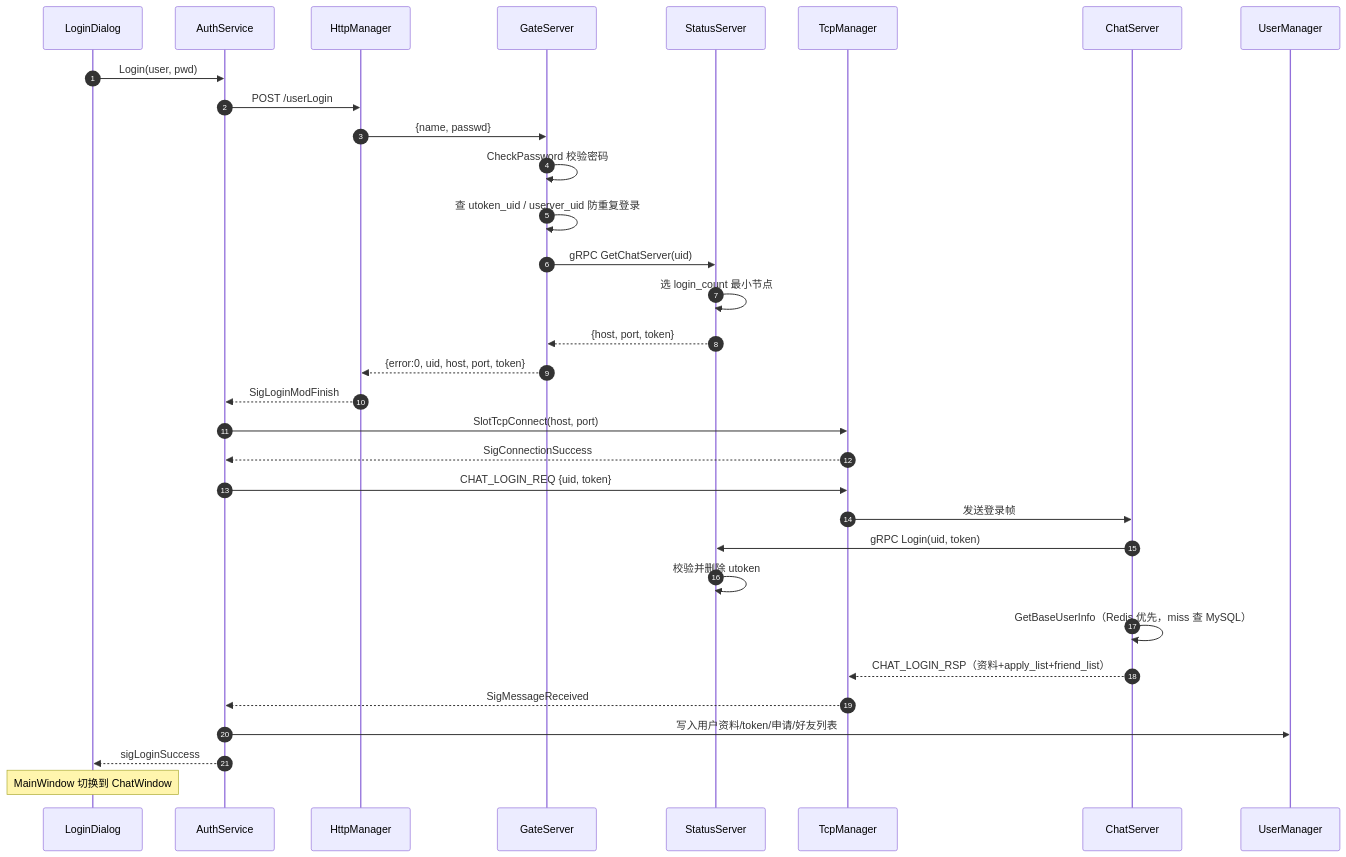
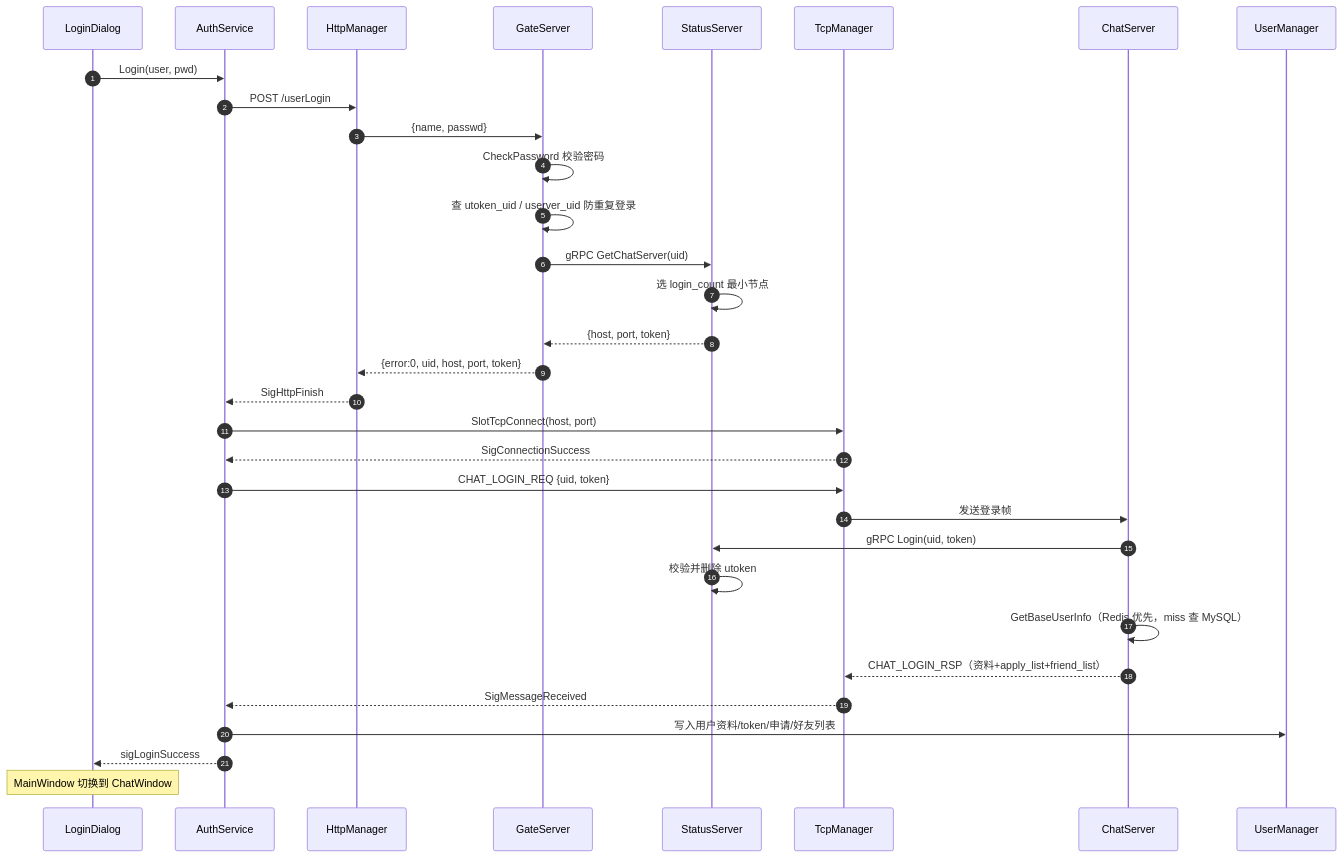
Before and after one commit to codeT2001/MyChat: the second of 10 diagrams in Client/README.md, drawn with Mermaid. The commit also changed other lines of this file and 15 other files, not shown here.

````diff
--- a/Client/README.md
+++ b/Client/README.md
@@ -111,35 +111,35 @@
 ```mermaid
 sequenceDiagram
     autonumber
     participant D as LoginDialog
     participant A as AuthService
     participant H as HttpManager
     participant G as GateServer
     participant S as StatusServer
     participant T as TcpManager
     participant C as ChatServer
     participant U as UserManager
 
     D->>A: Login(user, pwd)
     A->>H: POST /userLogin
     H->>G: {name, passwd}
     G->>G: CheckPassword 校验密码
     G->>G: 查 utoken_uid / userver_uid 防重复登录
     G->>S: gRPC GetChatServer(uid)
     S->>S: 选 login_count 最小节点
     S-->>G: {host, port, token}
     G-->>H: {error:0, uid, host, port, token}
-    H-->>A: SigLoginModFinish
+    H-->>A: SigHttpFinish
     A->>T: SlotTcpConnect(host, port)
     T-->>A: SigConnectionSuccess
     A->>T: CHAT_LOGIN_REQ {uid, token}
     T->>C: 发送登录帧
     C->>S: gRPC Login(uid, token)
     S->>S: 校验并删除 utoken
     C->>C: GetBaseUserInfo（Redis 优先，miss 查 MySQL）
     C-->>T: CHAT_LOGIN_RSP（资料+apply_list+friend_list）
     T-->>A: SigMessageReceived
     A->>U: 写入用户资料/token/申请/好友列表
     A-->>D: sigLoginSuccess
     Note over D: MainWindow 切换到 ChatWindow
 ```
````
